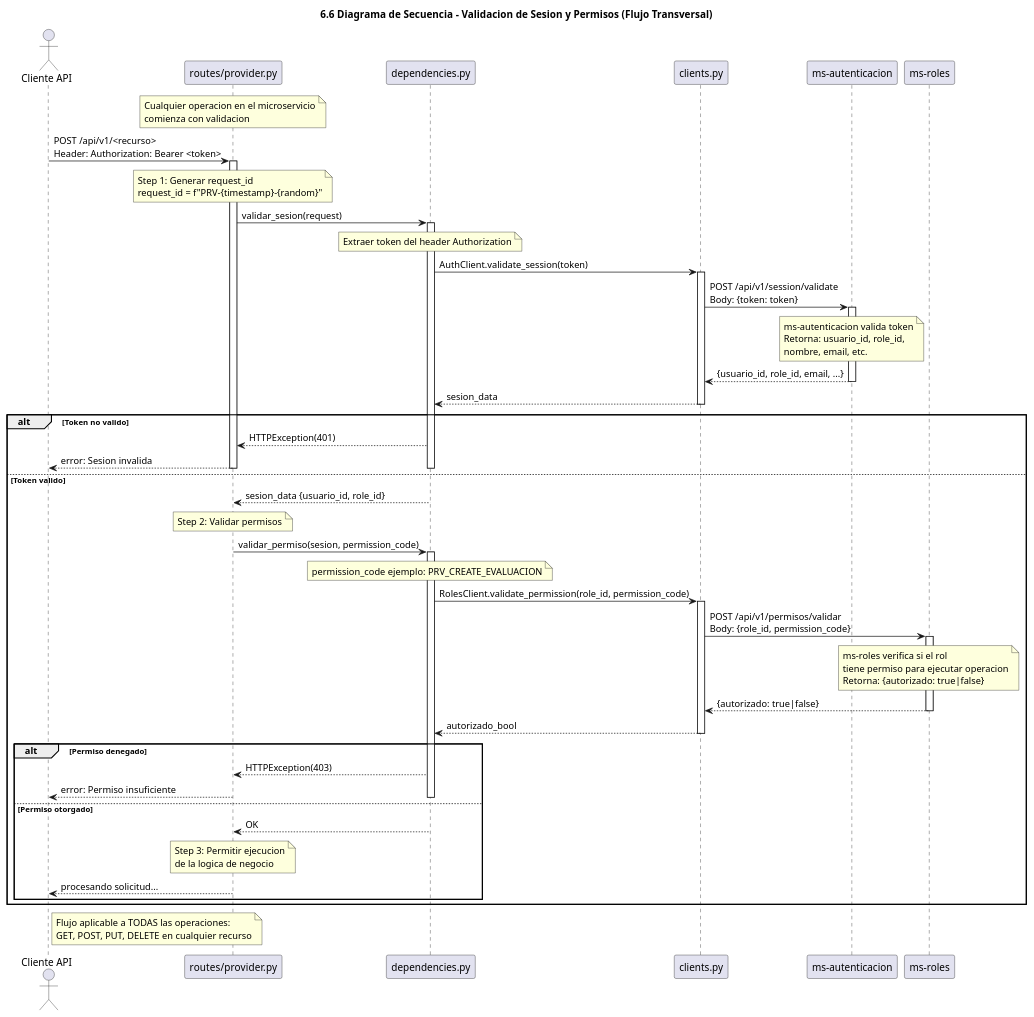
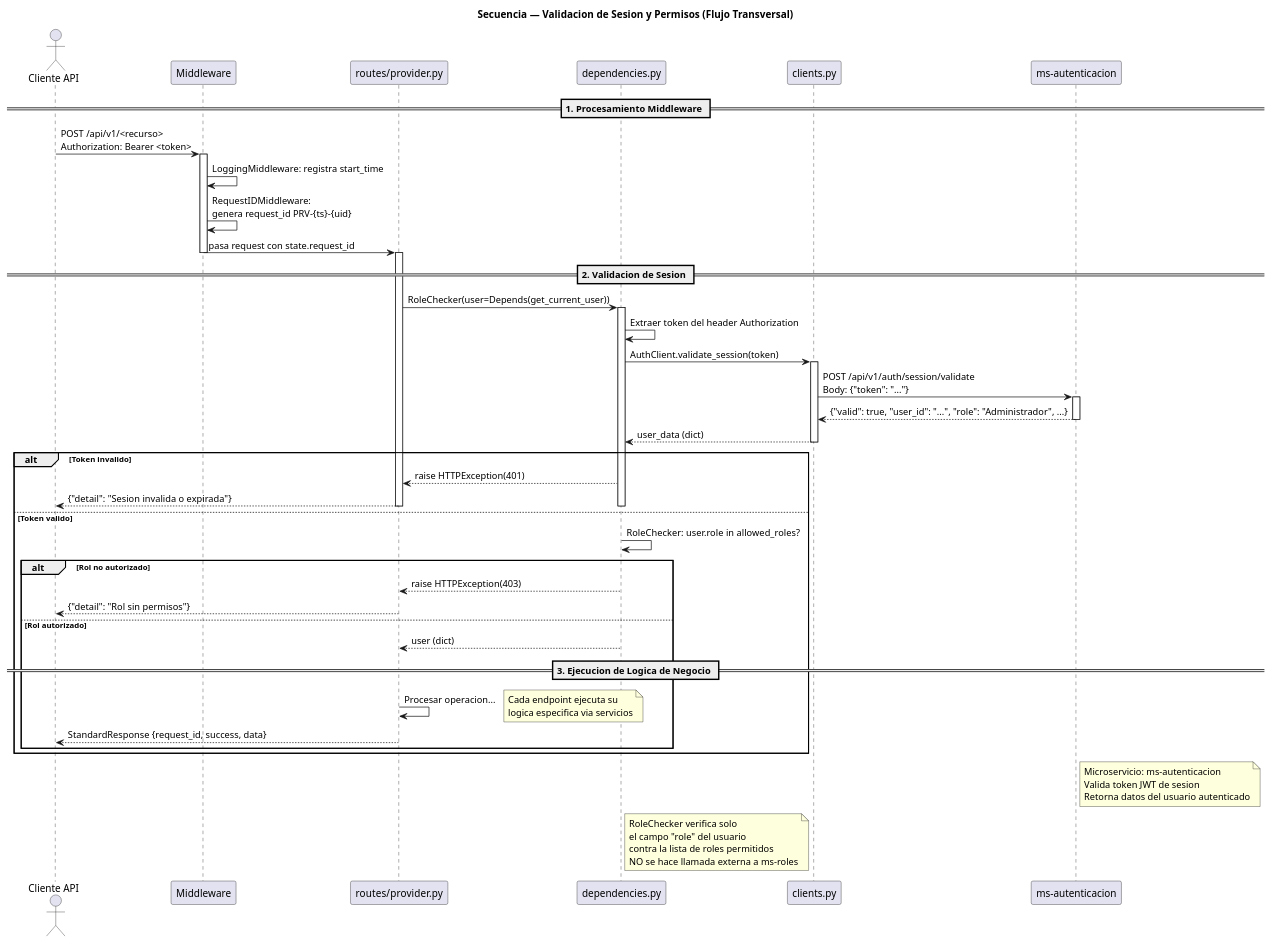
The diagram in docs/uml/secuencia_validacion_sesion_permisos.puml (Reluckycf/ms-proveedores), drawn with PlantUML before and after one commit. The commit also changed 33 other files, not shown here.

Commit message:
agregado y modificado docs, documento de arquitectura, cambios a diagramas uml y exportados a pdf y png

```diff
--- a/docs/uml/secuencia_validacion_sesion_permisos.puml
+++ b/docs/uml/secuencia_validacion_sesion_permisos.puml
@@ -1,111 +1,79 @@
 @startuml
-title 6.6 Diagrama de Secuencia - Validacion de Sesion y Permisos (Flujo Transversal)
+title Secuencia — Validacion de Sesion y Permisos (Flujo Transversal)
 
 actor "Cliente API" as Cliente
+participant "Middleware" as MW
 participant "routes/provider.py" as Routes
 participant "dependencies.py" as Deps
 participant "clients.py" as Clients
 participant "ms-autenticacion" as AUTH
-participant "ms-roles" as ROLES
 
-note over Routes
-Cualquier operacion en el microservicio
-comienza con validacion
-end note
+== 1. Procesamiento Middleware ==
+Cliente -> MW : POST /api/v1/<recurso>\nAuthorization: Bearer <token>
+activate MW
 
-Cliente -> Routes: POST /api/v1/<recurso>\nHeader: Authorization: Bearer <token>
+MW -> MW : LoggingMiddleware: registra start_time
+MW -> MW : RequestIDMiddleware:\ngenera request_id PRV-{ts}-{uid}
+MW -> Routes : pasa request con state.request_id
+deactivate MW
+
+== 2. Validacion de Sesion ==
 activate Routes
 
-note over Routes
-Step 1: Generar request_id
-request_id = f"PRV-{timestamp}-{random}"
-end note
-
-Routes -> Deps: validar_sesion(request)
+Routes -> Deps : RoleChecker(user=Depends(get_current_user))
 activate Deps
 
-note over Deps
-Extraer token del header Authorization
-end note
-
-Deps -> Clients: AuthClient.validate_session(token)
+Deps -> Deps : Extraer token del header Authorization
+Deps -> Clients : AuthClient.validate_session(token)
 activate Clients
 
-Clients -> AUTH: POST /api/v1/session/validate\nBody: {token: token}
+Clients -> AUTH : POST /api/v1/auth/session/validate\nBody: {"token": "..."}
 activate AUTH
-
-note over AUTH
-ms-autenticacion valida token
-Retorna: usuario_id, role_id, 
-nombre, email, etc.
-end note
-
-AUTH --> Clients: {usuario_id, role_id, email, ...}
+AUTH --> Clients : {"valid": true, "user_id": "...", "role": "Administrador", ...}
 deactivate AUTH
 
-Clients --> Deps: sesion_data
+Clients --> Deps : user_data (dict)
 deactivate Clients
 
-alt Token no valido
-  Deps --> Routes: HTTPException(401)
-  Routes --> Cliente: error: Sesion invalida
+alt Token invalido
+  Deps --> Routes : raise HTTPException(401)
+  Routes --> Cliente : {"detail": "Sesion invalida o expirada"}
   deactivate Deps
   deactivate Routes
 else Token valido
-  Deps --> Routes: sesion_data {usuario_id, role_id}
-  deactivate Deps
-  
-  note over Routes
-  Step 2: Validar permisos
-  end note
-  
-  Routes -> Deps: validar_permiso(sesion, permission_code)
-  activate Deps
-  
-  note over Deps
-  permission_code ejemplo: PRV_CREATE_EVALUACION
-  end note
-  
-  Deps -> Clients: RolesClient.validate_permission(role_id, permission_code)
-  activate Clients
-  
-  Clients -> ROLES: POST /api/v1/permisos/validar\nBody: {role_id, permission_code}
-  activate ROLES
-  
-  note over ROLES
-  ms-roles verifica si el rol
-  tiene permiso para ejecutar operacion
-  Retorna: {autorizado: true|false}
-  end note
-  
-  ROLES --> Clients: {autorizado: true|false}
-  deactivate ROLES
-  
-  Clients --> Deps: autorizado_bool
-  deactivate Clients
-  
-  alt Permiso denegado
-    Deps --> Routes: HTTPException(403)
-    Routes --> Cliente: error: Permiso insuficiente
+  Deps -> Deps : RoleChecker: user.role in allowed_roles?
+  alt Rol no autorizado
+    Deps --> Routes : raise HTTPException(403)
+    Routes --> Cliente : {"detail": "Rol sin permisos"}
     deactivate Deps
     deactivate Routes
-  else Permiso otorgado
-    Deps --> Routes: OK
+  else Rol autorizado
+    Deps --> Routes : user (dict)
     deactivate Deps
-    
-    note over Routes
-    Step 3: Permitir ejecucion
-    de la logica de negocio
+
+    == 3. Ejecucion de Logica de Negocio ==
+    Routes -> Routes : Procesar operacion...
+    note right
+      Cada endpoint ejecuta su
+      logica especifica via servicios
     end note
-    
-    Routes --> Cliente: procesando solicitud...
+
+    Routes --> Cliente : StandardResponse {request_id, success, data}
     deactivate Routes
   end
 end
 
-note right of Cliente
-Flujo aplicable a TODAS las operaciones:
-GET, POST, PUT, DELETE en cualquier recurso
+note right of AUTH
+Microservicio: ms-autenticacion
+Valida token JWT de sesion
+Retorna datos del usuario autenticado
+end note
+
+note right of Deps
+RoleChecker verifica solo
+el campo "role" del usuario
+contra la lista de roles permitidos
+NO se hace llamada externa a ms-roles
 end note
 
 @enduml
```
